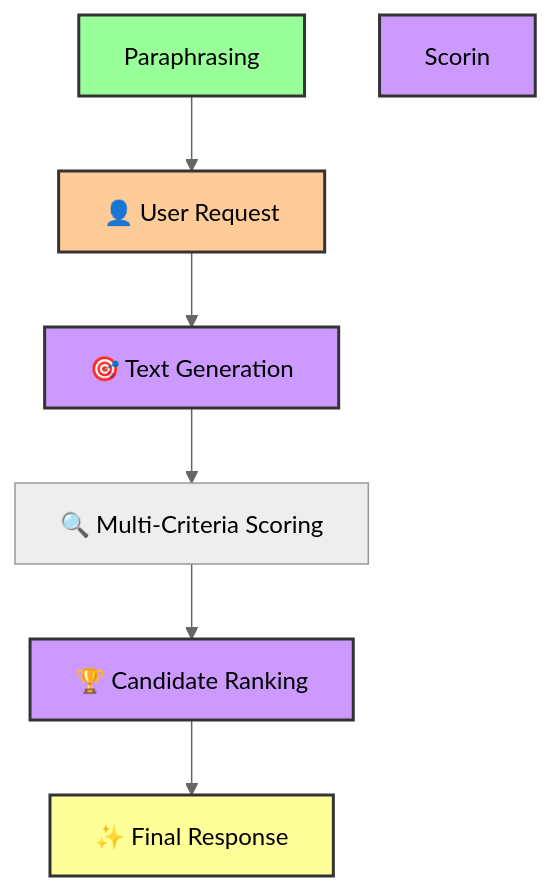
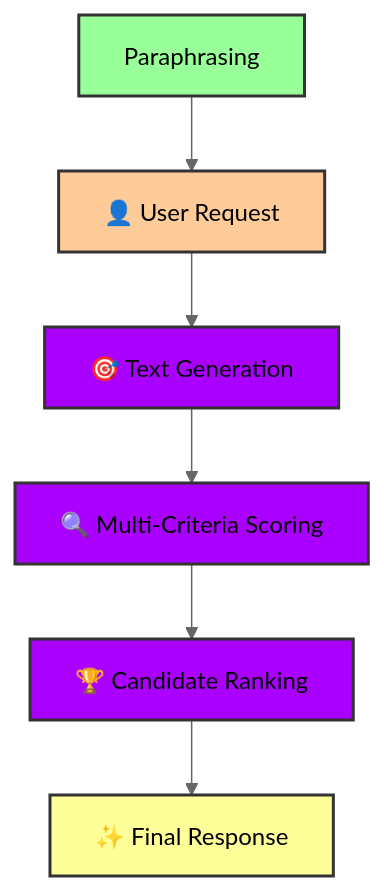
One commit to AntonioRinaldidev/toxic-radar changed the second of 2 diagrams in AI/README.MD. Above: the diagram before and after it, drawn with Mermaid (neutral theme).

````diff
--- a/AI/README.MD
+++ b/AI/README.MD
@@ -100,14 +100,14 @@
 ```mermaid
 flowchart TD
     Paraphrasing --> UserRequest[👤 User Request]
     UserRequest --> Generation[🎯 Text Generation]
     Generation --> Scoring[🔍 Multi-Criteria Scoring]
     Scoring --> Ranking[🏆 Candidate Ranking]
     Ranking --> Response[✨ Final Response]
     style Paraphrasing fill:#99ff99,stroke:#333,stroke-width:2px
     style UserRequest fill:#ffcc99,stroke:#333,stroke-width:2px
-    style Generation fill:#cc99ff,stroke:#333,stroke-width:2px
-    style Scorin fill:#cc99ff,stroke:#333,stroke-width:2px
-    style Ranking fill:#cc99ff,stroke:#333,stroke-width:2px
+    style Generation fill:#AA00FF,stroke:#333,stroke-width:2px
+    style Scoring fill:#AA00FF,stroke:#333,stroke-width:2px
+    style Ranking fill:#AA00FF,stroke:#333,stroke-width:2px
     style Response fill:#ffff99,stroke:#333,stroke-width:2px
 ```
````
